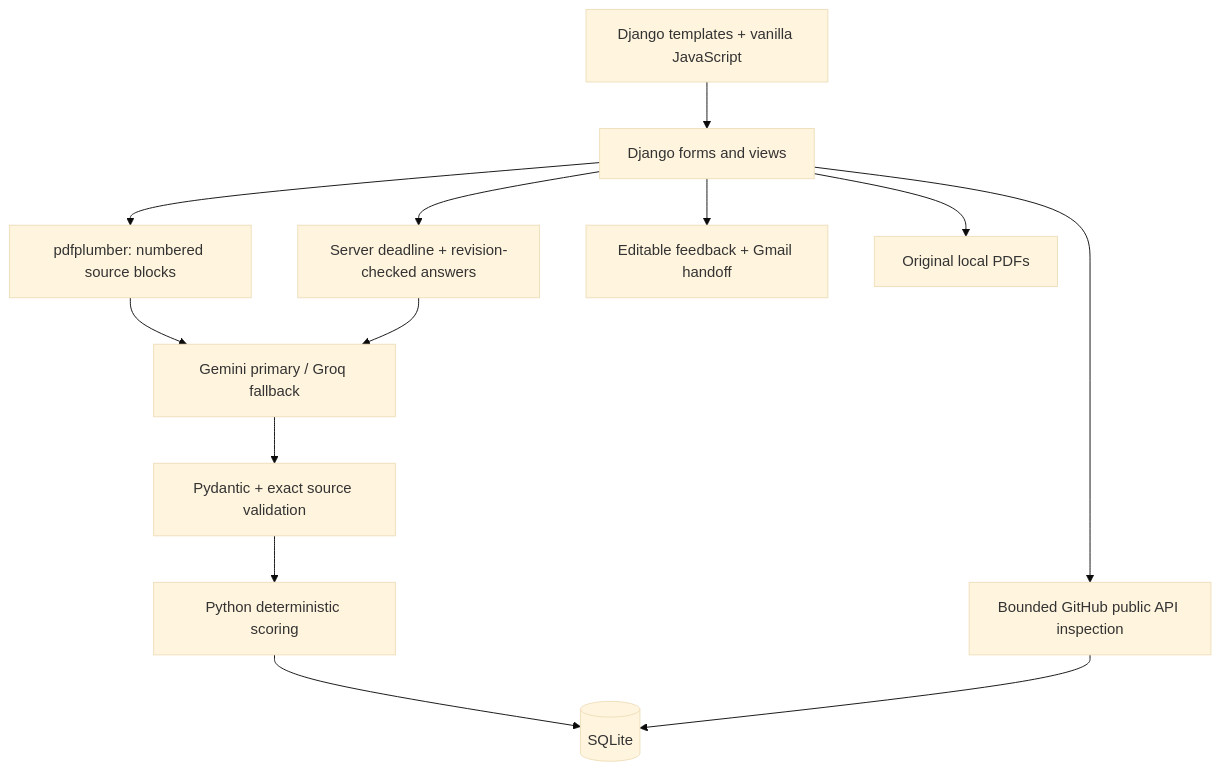
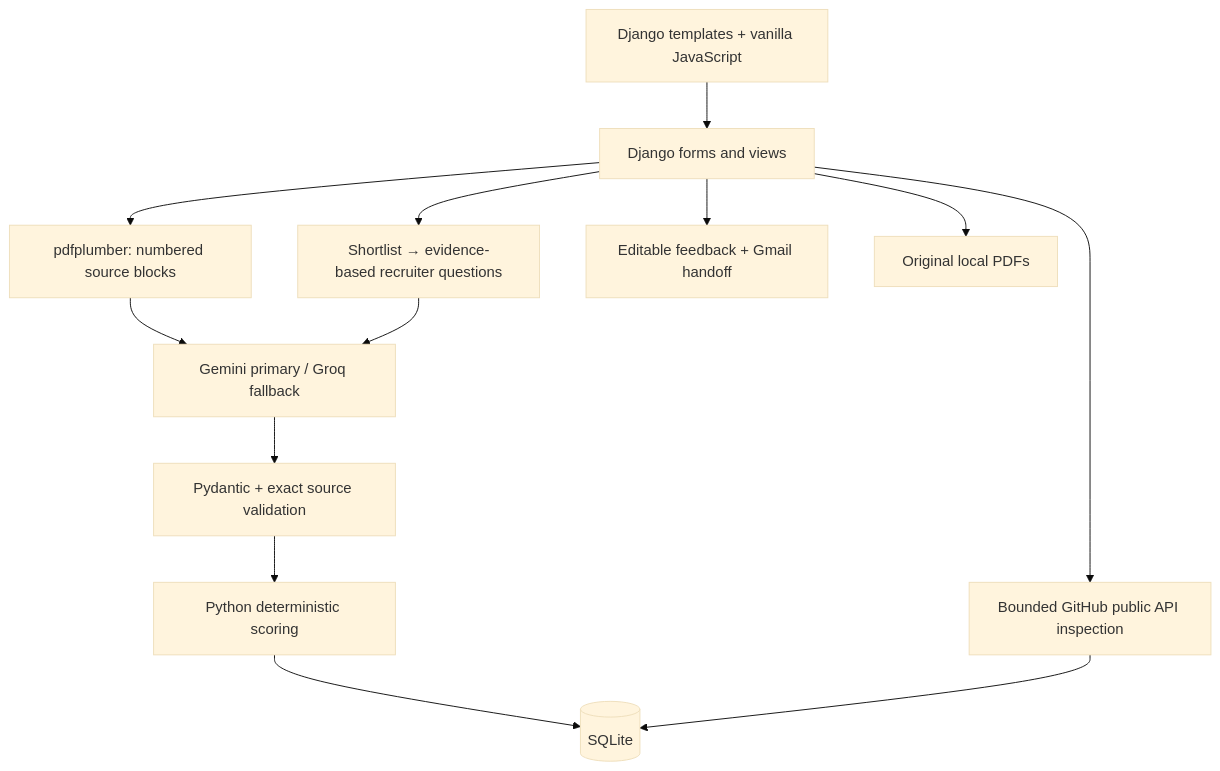
One commit to MassGethu/Verity changed the diagram in README.md. Above: the diagram before and after it, drawn with Mermaid (base theme). The commit also changed other lines of this file and 44 other files, not shown here.

````diff
--- a/README.md
+++ b/README.md
@@ -101,15 +102,15 @@
 ```mermaid
 flowchart TD
     UI[Django templates + vanilla JavaScript] --> Views[Django forms and views]
     Views --> PDF[pdfplumber: numbered source blocks]
     PDF --> AI[Gemini primary / Groq fallback]
     AI --> Validation[Pydantic + exact source validation]
     Validation --> Scoring[Python deterministic scoring]
     Scoring --> DB[(SQLite)]
     Views --> GitHub[Bounded GitHub public API inspection]
     GitHub --> DB
-    Views --> Interview[Server deadline + revision-checked answers]
-    Interview --> AI
+    Views --> Guide[Shortlist → evidence-based recruiter questions]
+    Guide --> AI
     Views --> Feedback[Editable feedback + Gmail handoff]
     Views --> Files[Original local PDFs]
 ```
````
